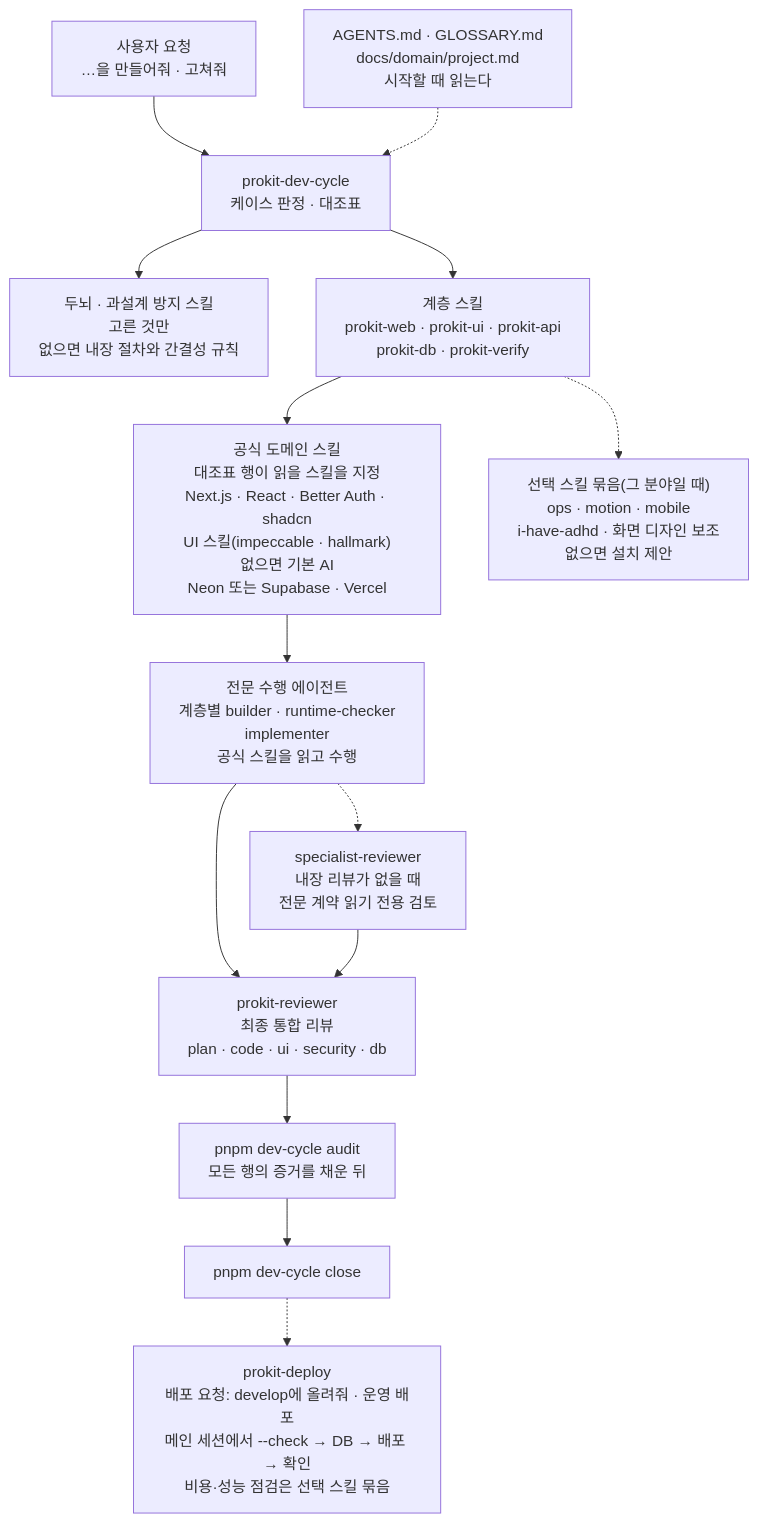
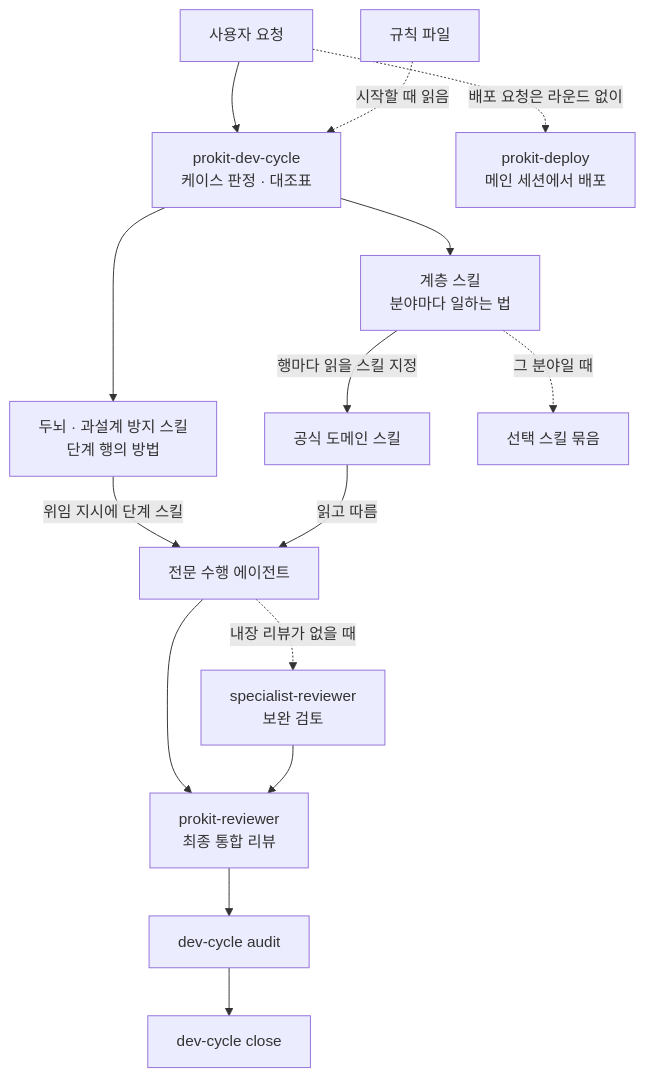
Before and after one commit to roadkwon-ai/pro-kit: the diagram in handbook/concepts/harness.md, drawn with Mermaid. The commit also changed other lines of this file and 9 other files, not shown here.

````diff
--- a/handbook/concepts/harness.md
+++ b/handbook/concepts/harness.md
@@ -48,21 +48,22 @@
 ```mermaid
 ---
 config:
   flowchart:
-    wrappingWidth: 260
+    wrappingWidth: 220
 ---
 flowchart TB
-  REQ["사용자 요청<br/>…을 만들어줘 · 고쳐줘"] --> DC["prokit-dev-cycle<br/>케이스 판정 · 대조표"]
-  RULES["AGENTS.md · GLOSSARY.md<br/>docs/domain/project.md<br/>시작할 때 읽는다"] -.-> DC
-  DC --> PROC["두뇌 · 과설계 방지 스킬<br/>고른 것만<br/>없으면 내장 절차와 간결성 규칙"]
-  DC --> LAYER["계층 스킬<br/>prokit-web · prokit-ui · prokit-api<br/>prokit-db · prokit-verify"]
-  LAYER --> OFF["공식 도메인 스킬<br/>대조표 행이 읽을 스킬을 지정<br/>Next.js · React · Better Auth · shadcn<br/>UI 스킬(impeccable · hallmark)<br/>없으면 기본 AI<br/>Neon 또는 Supabase · Vercel"]
-  LAYER -.-> OPT["선택 스킬 묶음(그 분야일 때)<br/>ops · motion · mobile<br/>i-have-adhd · 화면 디자인 보조<br/>없으면 설치 제안"]
-  OFF --> IMP["전문 수행 에이전트<br/>계층별 builder · runtime-checker<br/>implementer<br/>공식 스킬을 읽고 수행"]
-  IMP -.-> SREV["specialist-reviewer<br/>내장 리뷰가 없을 때<br/>전문 계약 읽기 전용 검토"]
-  IMP --> REV["prokit-reviewer<br/>최종 통합 리뷰<br/>plan · code · ui · security · db"]
+  REQ["사용자 요청"] --> DC["prokit-dev-cycle<br/>케이스 판정 · 대조표"]
+  RULES["규칙 파일"] -.->|"시작할 때 읽음"| DC
+  REQ -.->|"배포 요청은 라운드 없이"| DEP["prokit-deploy<br/>메인 세션에서 배포"]
+  DC --> PROC["두뇌 · 과설계 방지 스킬<br/>단계 행의 방법"]
+  DC --> LAYER["계층 스킬<br/>분야마다 일하는 법"]
+  LAYER -->|"행마다 읽을 스킬 지정"| OFF["공식 도메인 스킬"]
+  LAYER -.->|"그 분야일 때"| OPT["선택 스킬 묶음"]
+  PROC -->|"위임 지시에 단계 스킬"| IMP["전문 수행 에이전트"]
+  OFF -->|"읽고 따름"| IMP
+  IMP -.->|"내장 리뷰가 없을 때"| SREV["specialist-reviewer<br/>보완 검토"]
+  IMP --> REV["prokit-reviewer<br/>최종 통합 리뷰"]
   SREV --> REV
-  REV --> AUD["pnpm dev-cycle audit<br/>모든 행의 증거를 채운 뒤"]
-  AUD --> CLOSE["pnpm dev-cycle close"]
-  CLOSE -.-> DEP["prokit-deploy<br/>배포 요청: develop에 올려줘 · 운영 배포<br/>메인 세션에서 --check → DB → 배포 → 확인<br/>비용·성능 점검은 선택 스킬 묶음"]
+  REV --> AUD["dev-cycle audit"]
+  AUD --> CLOSE["dev-cycle close"]
 ```
````
